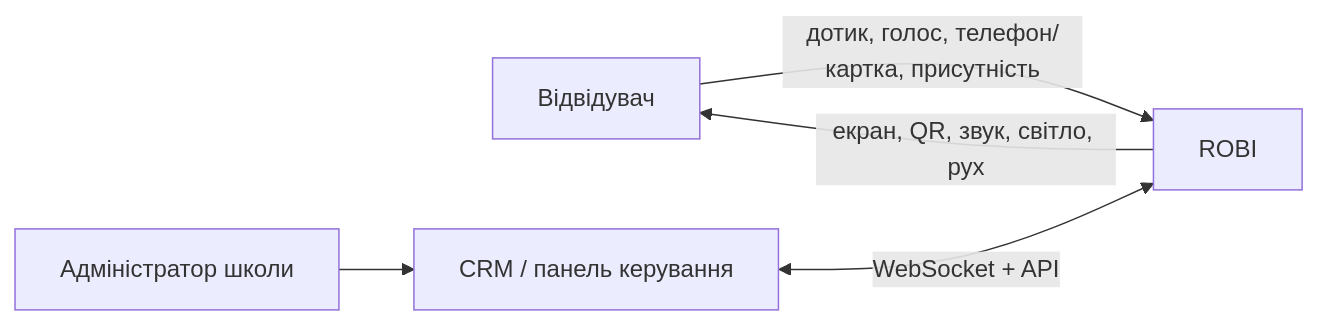
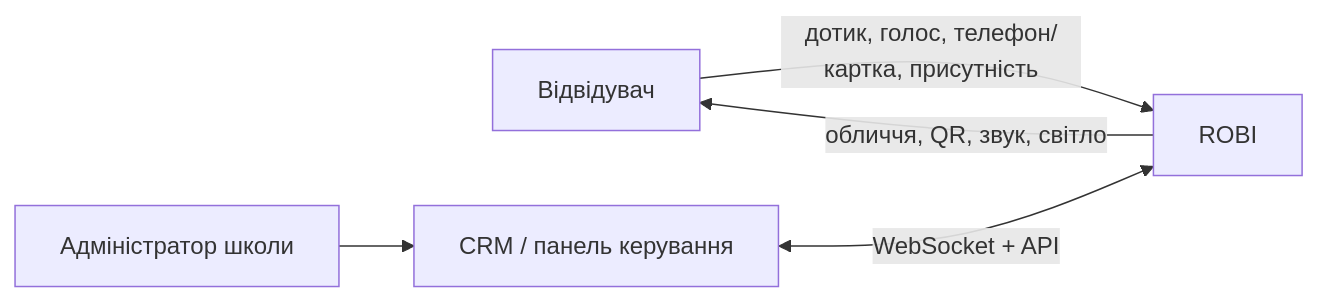
Before and after one commit to itroboticsmanager-rgb/itr-robi: the first of 2 diagrams in docs/architecture.md, drawn with Mermaid. The commit also changed other lines of this file and 13 other files, not shown here.

````diff
--- a/docs/architecture.md
+++ b/docs/architecture.md
@@ -15,7 +11,7 @@
 ```mermaid
 flowchart LR
     Visitor[Відвідувач] -->|дотик, голос, телефон/картка, присутність| Robi[ROBI]
     Staff[Адміністратор школи] --> CRM[CRM / панель керування]
     CRM <-->|WebSocket + API| Robi
-    Robi -->|екран, QR, звук, світло, рух| Visitor
+    Robi -->|обличчя, QR, звук, світло| Visitor
 ```
````
